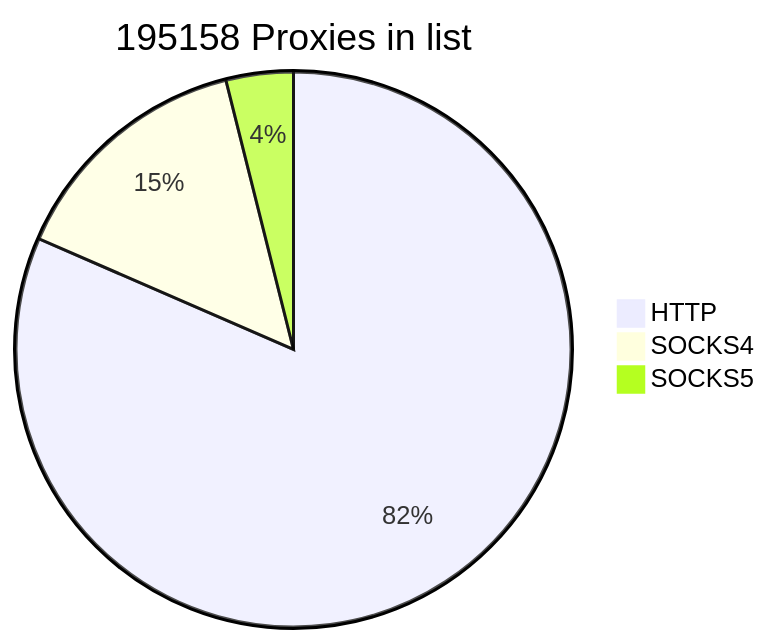
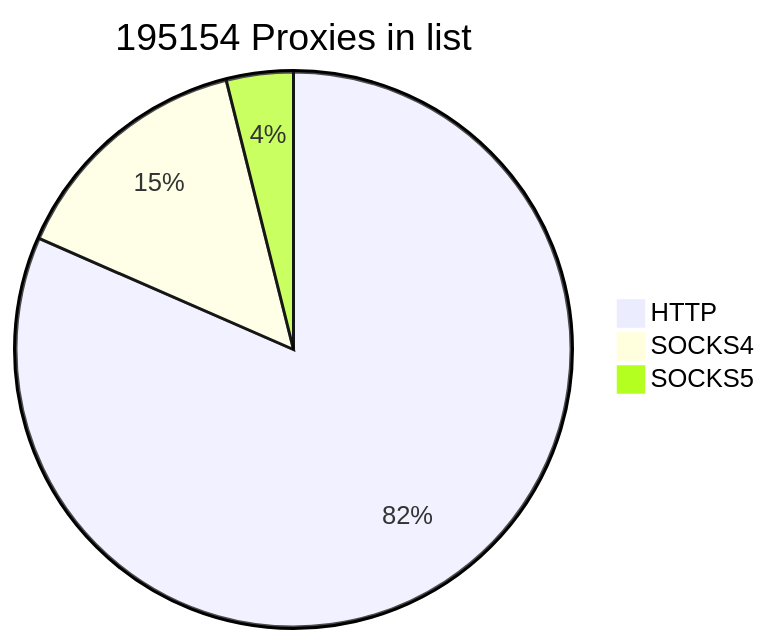
Before and after one commit to cutipu/proxylist: the first of 2 diagrams in README.md, drawn with Mermaid. The commit also changed other lines of this file, not shown here.

````diff
--- a/README.md
+++ b/README.md
@@ -2,7 +2,7 @@
 ```mermaid
-pie title 195158 Proxies in list
-    "HTTP" : 159116
+pie title 195154 Proxies in list
+    "HTTP" : 159148
     "SOCKS4" : 28404
-    "SOCKS5" : 7638
+    "SOCKS5" : 7602
             
 ```
````
